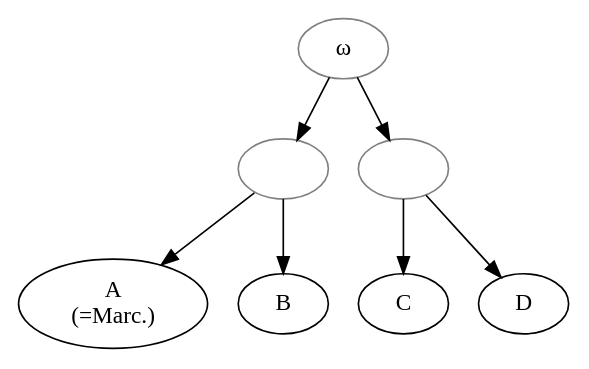
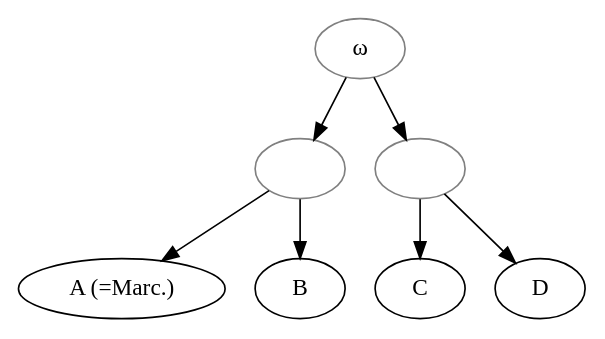
The diagram in data/grc/Erbse_1961_Lykophron-Alexandra/stemma.gv (OpenStemmata/database), drawn with Graphviz before and after one commit. The commit also changed 18 other files, not shown here.

```diff
--- a/data/grc/Erbse_1961_Lykophron-Alexandra/stemma.gv
+++ b/data/grc/Erbse_1961_Lykophron-Alexandra/stemma.gv
@@ -1,12 +1,12 @@
 digraph {
 archetyp[color="grey", label="ω"] ;
-1 [color="grey", label=" "] ;
-2 [color="grey", label=" "] ;
-A [label="A\n(=Marc.)"] ;
-archetyp -> 1 ;
-archetyp -> 2 ;
-1 -> A ;
-1 -> B ;
-2 -> C ;
-2 -> D ;
+AB [color="grey", label=" "] ;
+CD [color="grey", label=" "] ;
+A [label="A (=Marc.)"] ;
+archetyp -> AB ;
+archetyp -> CD ;
+AB -> A ;
+AB -> B ;
+CD -> C ;
+CD -> D ;
 }
```
